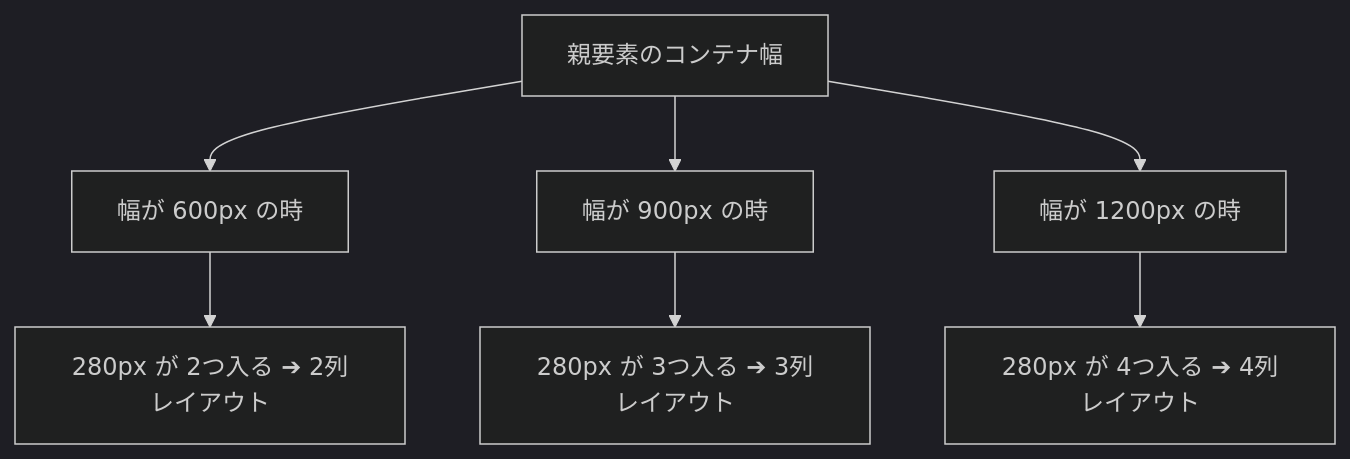
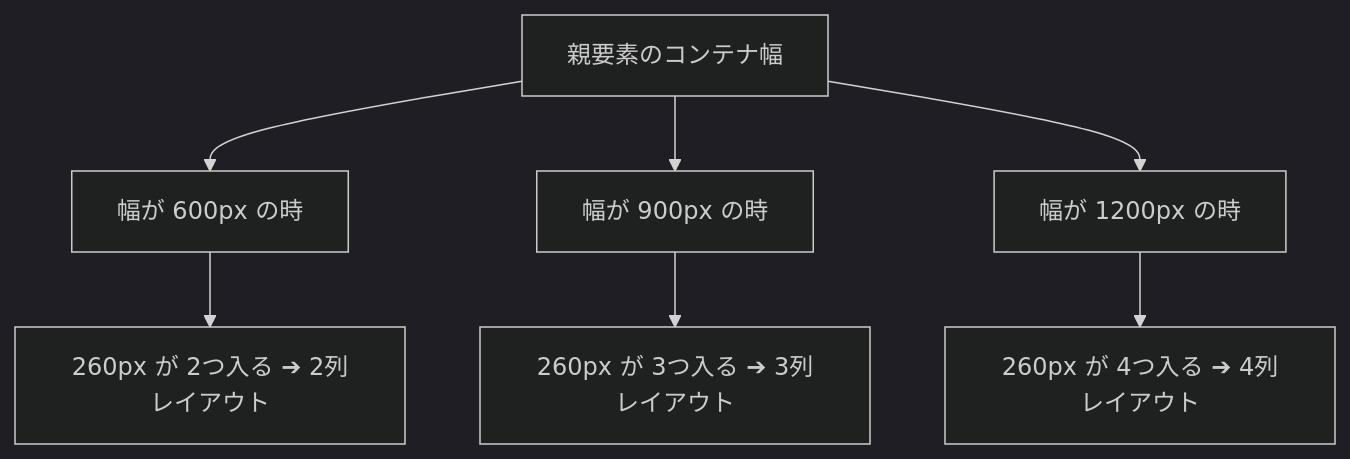
The fourth of 5 diagrams in wf1/2nd/markup-advanced/_lectures/05_モダン・レスポンシブWebデザイン.md (takagino/tri-education), drawn with Mermaid (dark theme) before and after one commit. The commit also changed other lines of this file and 4 other files, not shown here.

````diff
--- a/wf1/2nd/markup-advanced/_lectures/05_モダン・レスポンシブWebデザイン.md
+++ b/wf1/2nd/markup-advanced/_lectures/05_モダン・レスポンシブWebデザイン.md
@@ -983,10 +1043,10 @@
 ```mermaid
 graph TD
     WIDTH["親要素のコンテナ幅"] --> COND_A["幅が 600px の時"]
     WIDTH --> COND_B["幅が 900px の時"]
     WIDTH --> COND_C["幅が 1200px の時"]
 
-    COND_A --> RES_A["280px が 2つ入る ➔ 2列レイアウト"]
-    COND_B --> RES_B["280px が 3つ入る ➔ 3列レイアウト"]
-    COND_C --> RES_C["280px が 4つ入る ➔ 4列レイアウト"]
+    COND_A --> RES_A["260px が 2つ入る ➔ 2列レイアウト"]
+    COND_B --> RES_B["260px が 3つ入る ➔ 3列レイアウト"]
+    COND_C --> RES_C["260px が 4つ入る ➔ 4列レイアウト"]
 ```
````
